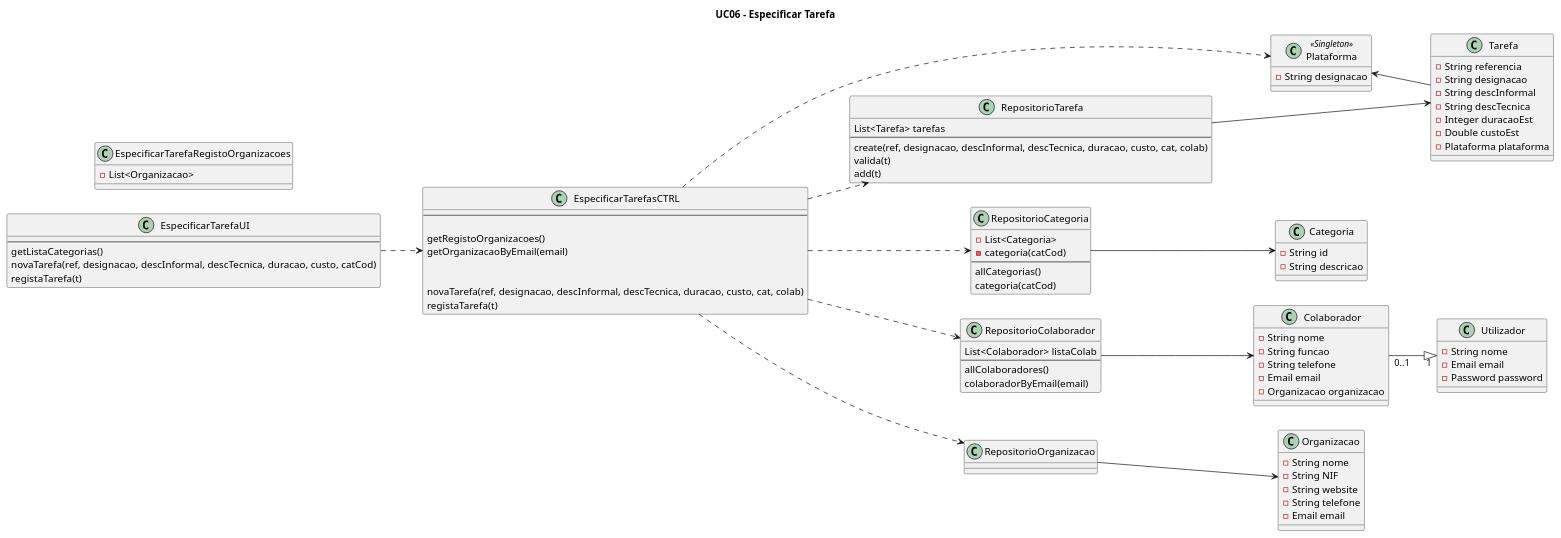
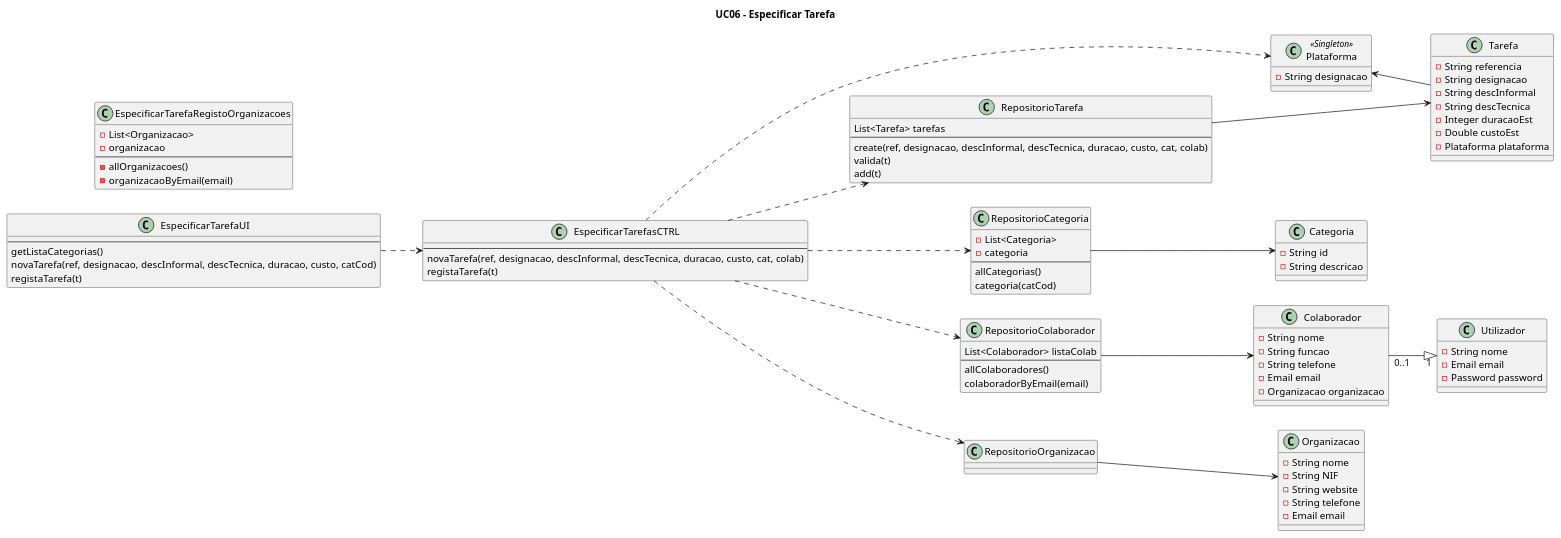
The diagram in Sprint 2/UC06_Especificar_Tarefa/UC06_Especificar_Tarefa_Diagrama_Classes.puml (blestonbandeiraUPSKILL/upskill_java1_labprg_grupo2), drawn with PlantUML before and after one commit.

Commit message:
uc06 - diagrama classes update

```diff
--- a/Sprint 2/UC06_Especificar_Tarefa/UC06_Especificar_Tarefa_Diagrama_Classes.puml
+++ b/Sprint 2/UC06_Especificar_Tarefa/UC06_Especificar_Tarefa_Diagrama_Classes.puml
@@ -1,105 +1,104 @@
 @startuml
 
 title UC06 - Especificar Tarefa
 left to right direction
 
 class Plataforma <<Singleton>> {
     -String designacao
 }
 
 class EspecificarTarefaUI {
     --
     getListaCategorias()
     novaTarefa(ref, designacao, descInformal, descTecnica, duracao, custo, catCod)
     registaTarefa(t)
 }
 
 class EspecificarTarefasCTRL {
     --
-   
-    getRegistoOrganizacoes()
-    getOrganizacaoByEmail(email)
-    
-
     novaTarefa(ref, designacao, descInformal, descTecnica, duracao, custo, cat, colab)
     registaTarefa(t)
 }
 
 class RepositorioTarefa {
     List<Tarefa> tarefas
     --
     create(ref, designacao, descInformal, descTecnica, duracao, custo, cat, colab)
     valida(t)
     add(t)
 }
 
 class RepositorioCategoria {
     -List<Categoria>
-    -categoria(catCod)
+    -categoria
     --
     allCategorias()
     categoria(catCod)
 }
 
 class EspecificarTarefaRegistoOrganizacoes {
     -List<Organizacao>
+    -organizacao
+    --
+    -allOrganizacoes()
+    -organizacaoByEmail(email)
 }
 
 class RepositorioColaborador {
     List<Colaborador> listaColab
     --
     allColaboradores()
     colaboradorByEmail(email)
 }
 
 class Organizacao {
     -String nome
     -String NIF
     -String website
     -String telefone
     -Email email
 }
 
 class Colaborador {
     -String nome
     -String funcao
     -String telefone
     -Email email
     -Organizacao organizacao
 }
 
 class Tarefa {
     -String referencia
     -String designacao
     -String descInformal
     -String descTecnica
     -Integer duracaoEst
     -Double custoEst
     -Plataforma plataforma
 }
 
 class Utilizador {
     -String nome
     -Email email
     -Password password
 }
 
 class Categoria {
     -String id
     -String descricao
 }
 
 Colaborador"0..1" --|> "1"Utilizador
 EspecificarTarefaUI ..> EspecificarTarefasCTRL
 EspecificarTarefasCTRL ..> Plataforma
 EspecificarTarefasCTRL ..> RepositorioCategoria
 EspecificarTarefasCTRL ..> RepositorioTarefa
 EspecificarTarefasCTRL ..> RepositorioOrganizacao
 RepositorioOrganizacao --> Organizacao
 EspecificarTarefasCTRL ..> RepositorioColaborador
 RepositorioColaborador --> Colaborador
 RepositorioTarefa ---> Tarefa
 RepositorioCategoria --> Categoria
 Plataforma <-- Tarefa
 
 @enduml
```
